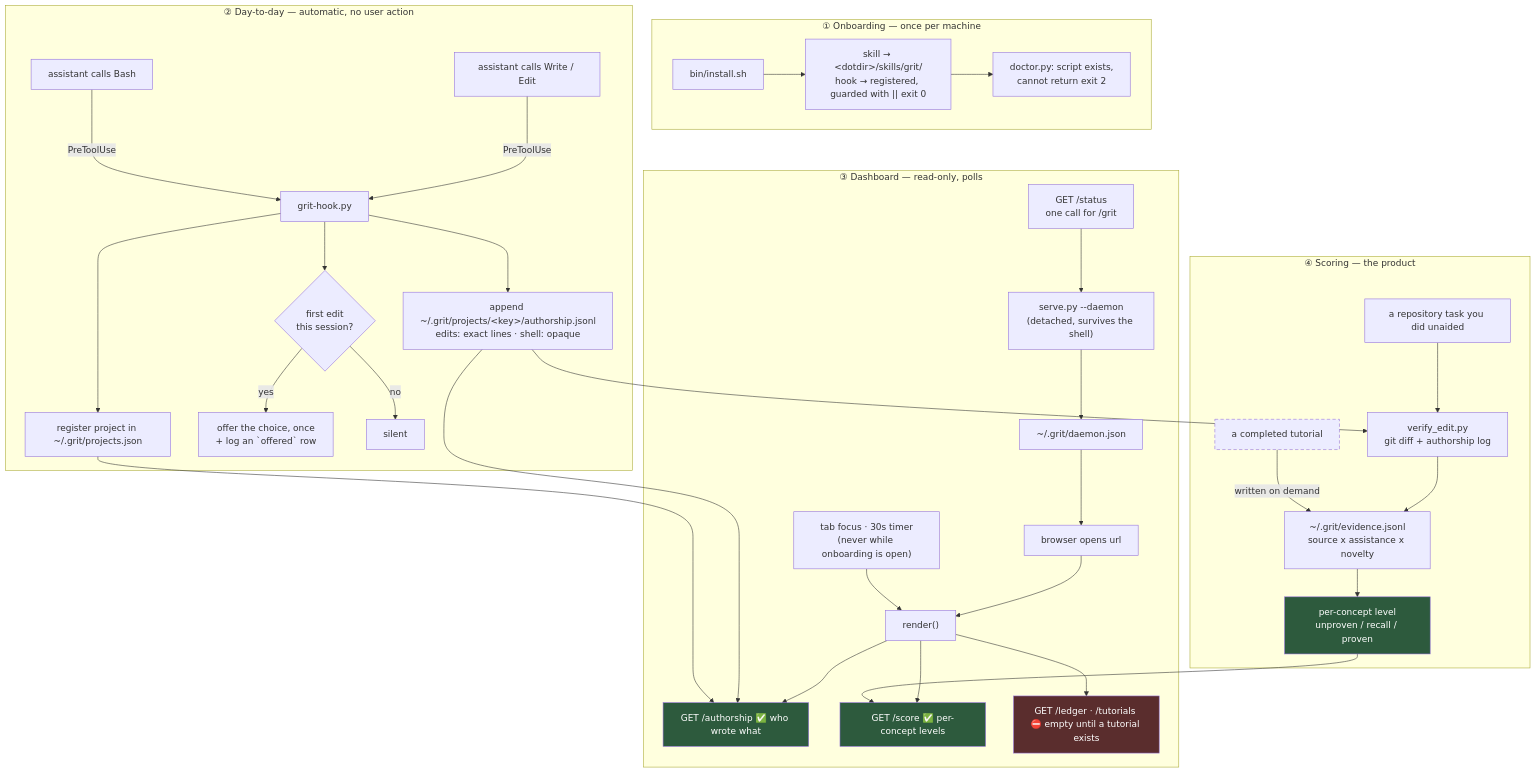
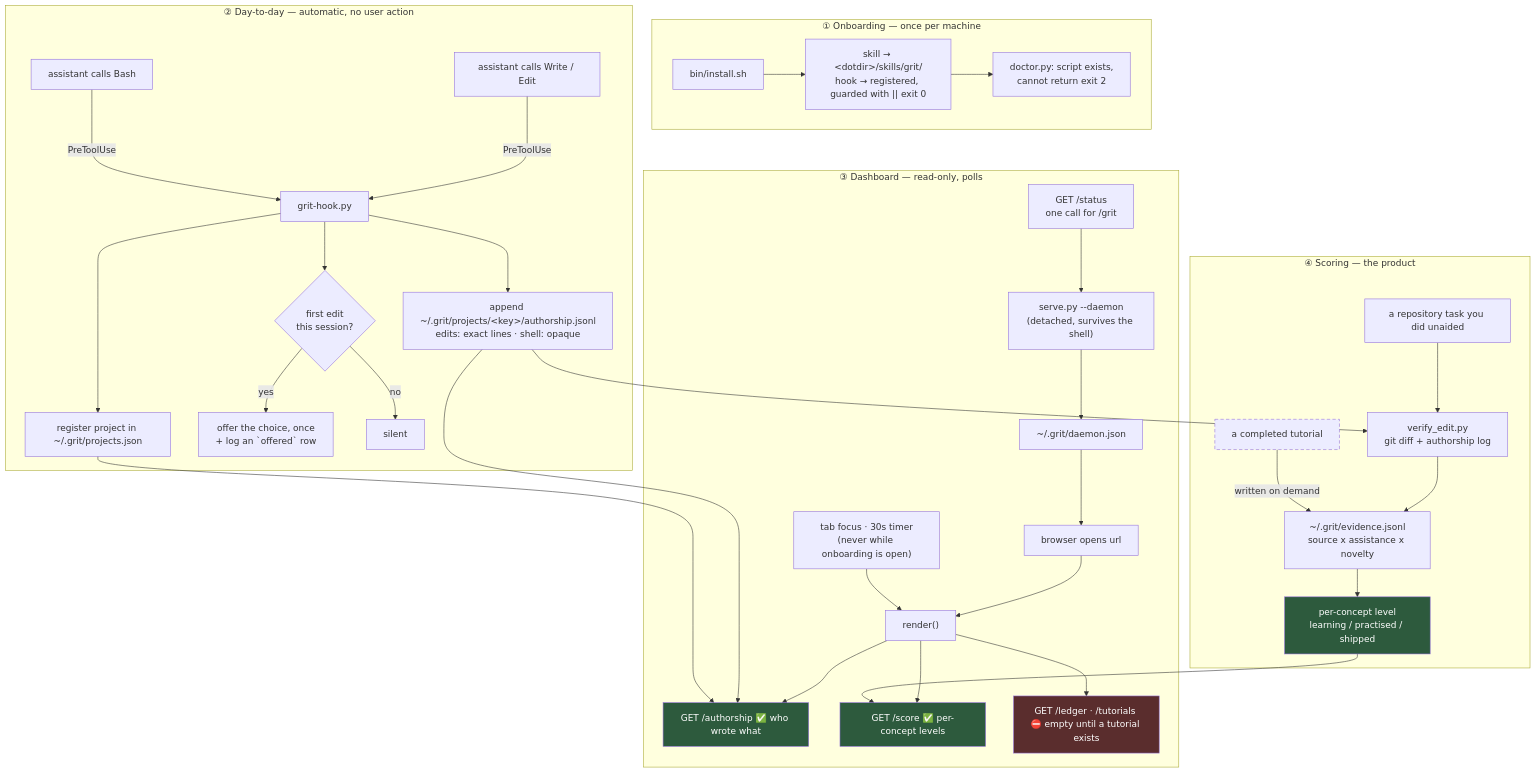
One commit to state-alchemists/grit changed the diagram in .sdlc/docs/adr/0008-dashboard-polls-files-it-does-not-push.md. Above: the diagram before and after it, drawn with Mermaid. The commit also changed other lines of this file and 32 other files, not shown here.

````diff
--- a/.sdlc/docs/adr/0008-dashboard-polls-files-it-does-not-push.md
+++ b/.sdlc/docs/adr/0008-dashboard-polls-files-it-does-not-push.md
@@ -25,46 +25,46 @@
 ```mermaid
 flowchart TD
     subgraph ONCE ["① Onboarding — once per machine"]
         I["bin/install.sh"] --> I2["skill → &lt;dotdir&gt;/skills/grit/<br/>hook → registered, guarded with || exit 0"]
         I2 --> D0["doctor.py: script exists,<br/>cannot return exit 2"]
     end
 
     subgraph DAY ["② Day-to-day — automatic, no user action"]
         W["assistant calls Write / Edit"] -->|PreToolUse| H["grit-hook.py"]
         B["assistant calls Bash"] -->|PreToolUse| H
         H --> H1["append ~/.grit/projects/&lt;key&gt;/authorship.jsonl<br/>edits: exact lines · shell: opaque"]
         H --> H2["register project in ~/.grit/projects.json"]
         H --> H3{"first edit<br/>this session?"}
         H3 -->|yes| ASK["offer the choice, once<br/>+ log an `offered` row"]
         H3 -->|no| SILENT["silent"]
     end
 
     subgraph DASH ["③ Dashboard — read-only, polls"]
         S["serve.py --daemon<br/>(detached, survives the shell)"] --> S1["~/.grit/daemon.json"]
         S1 --> P["browser opens url"]
         P --> R["render()"]
         R --> A1["GET /authorship ✅ who wrote what"]
         R --> A2["GET /score ✅ per-concept levels"]
         R --> A3["GET /ledger · /tutorials ⛔ empty until a tutorial exists"]
         REFRESH["tab focus · 30s timer<br/>(never while onboarding is open)"] --> R
         STATUS["GET /status<br/>one call for /grit"] --> S
     end
 
     subgraph SCORE ["④ Scoring — the product"]
         TASK["a repository task you did unaided"] --> VE["verify_edit.py<br/>git diff + authorship log"]
         VE --> EV["~/.grit/evidence.jsonl<br/>source x assistance x novelty"]
         TUT["a completed tutorial"] -->|written on demand| EV
-        EV --> LV["per-concept level<br/>unproven / recall / proven"]
+        EV --> LV["per-concept level<br/>learning / practised / shipped"]
     end
 
     H1 --> A1
     H2 --> A1
     H1 --> VE
     LV --> A2
 
     style TUT stroke-dasharray: 6 4
     style A1 fill:#2d5a3d,color:#fff
     style A2 fill:#2d5a3d,color:#fff
     style A3 fill:#5a2d2d,color:#fff
     style LV fill:#2d5a3d,color:#fff
 ```
````
